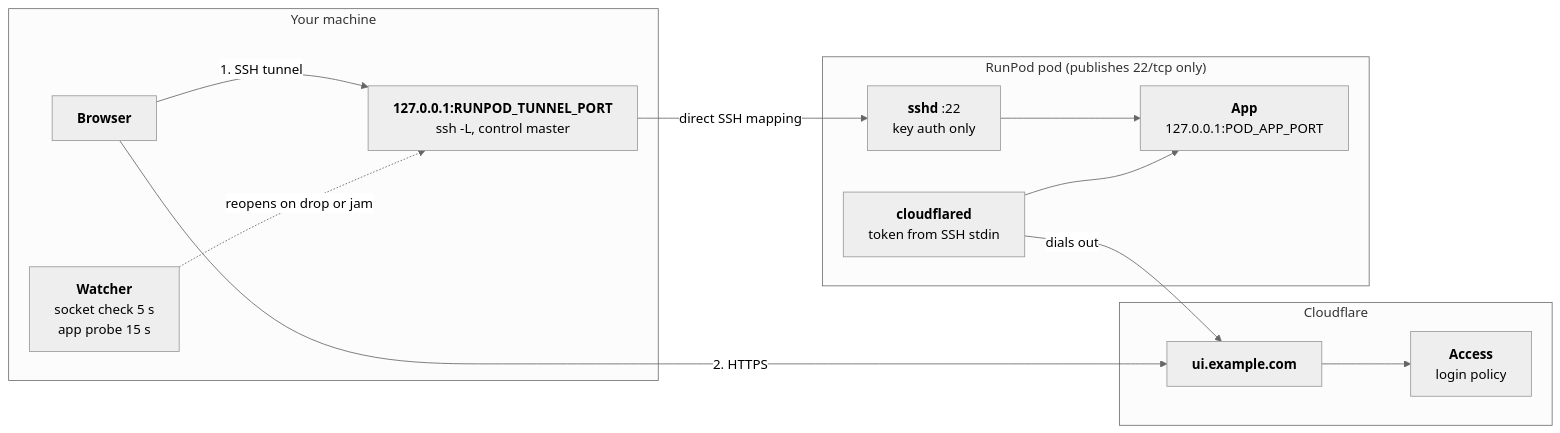
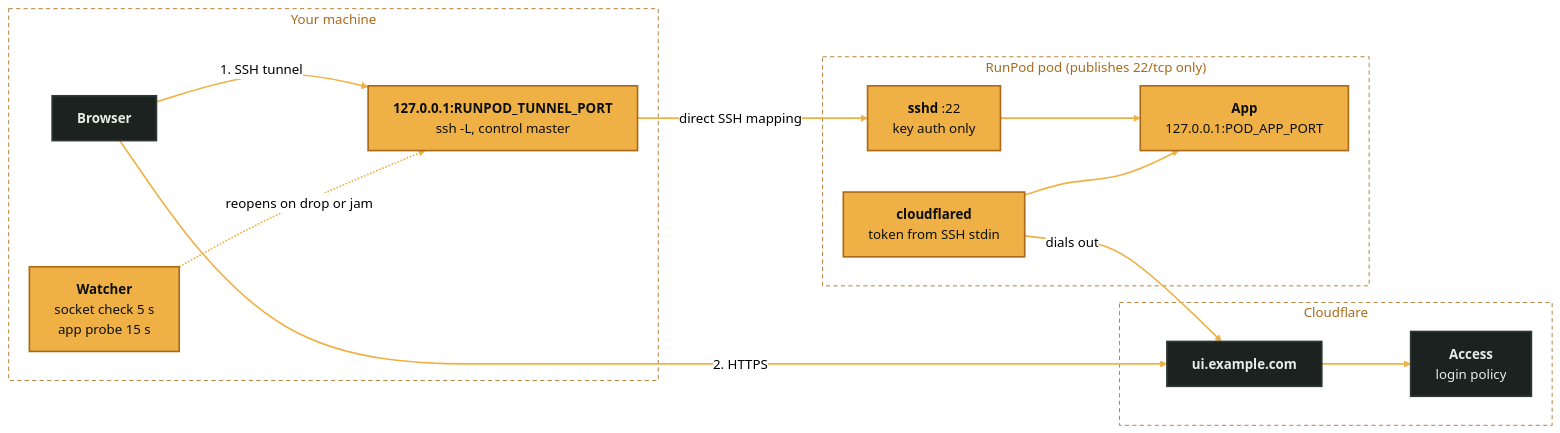
The diagram in runpod/docs/access.md (BitWise-0x/GPU-Cloud-Ai-recipes), drawn with Mermaid (neutral theme) before and after one commit. The commit also changed 8 other files, not shown here.

Commit message:
Restyle the diagrams in amber and black and add the BitWise footer

````diff
--- a/runpod/docs/access.md
+++ b/runpod/docs/access.md
@@ -12,25 +12,32 @@
 ```mermaid
 graph LR
     subgraph Local["Your machine"]
         browser["<b>Browser</b>"]
         fwd["<b>127.0.0.1:RUNPOD_TUNNEL_PORT</b><br>ssh -L, control master"]
         watch["<b>Watcher</b><br>socket check 5 s<br>app probe 15 s"]
     end
 
     subgraph Edge["Cloudflare"]
         access["<b>Access</b><br>login policy"]
         host["<b>ui.example.com</b>"]
     end
 
     subgraph Pod["RunPod pod (publishes 22/tcp only)"]
         sshd["<b>sshd</b> :22<br>key auth only"]
         app["<b>App</b><br>127.0.0.1:POD_APP_PORT"]
         cfd["<b>cloudflared</b><br>token from SSH stdin"]
     end
 
     browser -->|"1. SSH tunnel"| fwd -->|"direct SSH mapping"| sshd --> app
     watch -.->|"reopens on drop or jam"| fwd
     browser -->|"2. HTTPS"| host --> access
     cfd -->|"dials out"| host
     cfd --> app
+    classDef default fill:#efb146,stroke:#a96a19,stroke-width:2px,color:#0c0f0e
+    classDef quiet fill:#1b221f,stroke:#2e3733,stroke-width:2px,color:#e7ece8
+    linkStyle default stroke:#efb146,stroke-width:2px
+    class browser,access,host quiet
+    style Local fill:transparent,stroke:#a96a19,stroke-width:1px,stroke-dasharray:5 4,color:#a96a19
+    style Edge fill:transparent,stroke:#a96a19,stroke-width:1px,stroke-dasharray:5 4,color:#a96a19
+    style Pod fill:transparent,stroke:#a96a19,stroke-width:1px,stroke-dasharray:5 4,color:#a96a19
 ```
````
